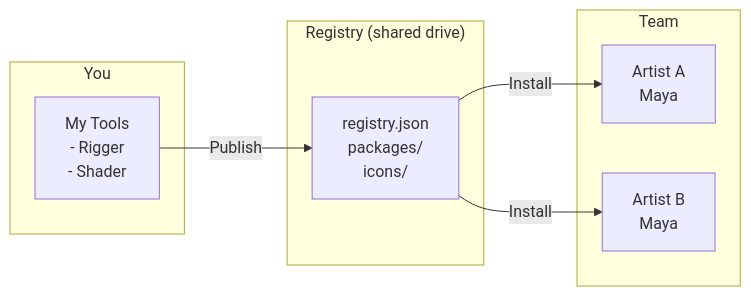
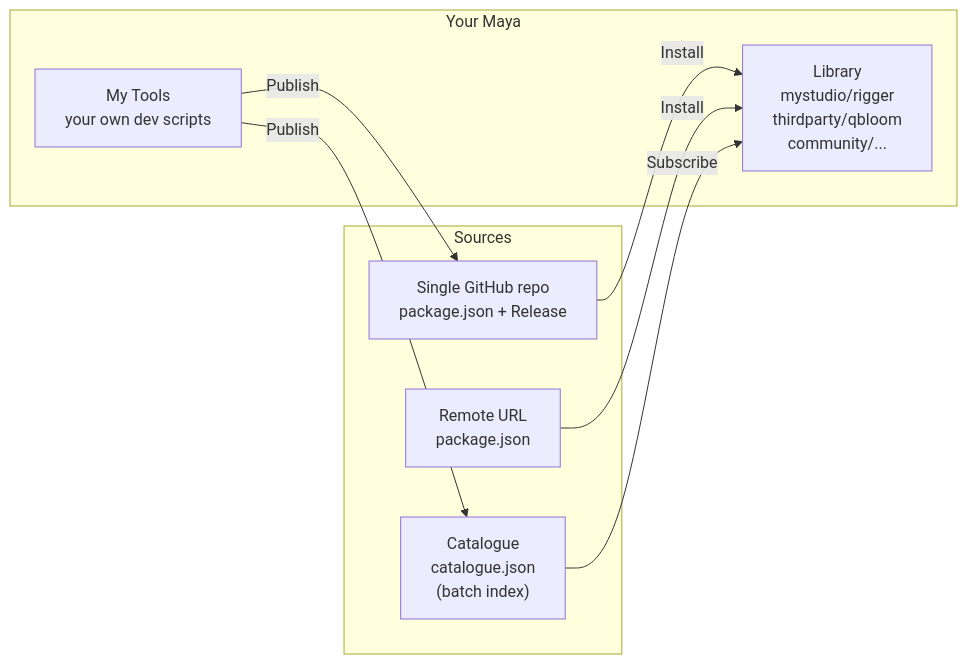
The first of 2 diagrams in README.md (cignoir/carton), drawn with Mermaid before and after one commit. The commit also changed other lines of this file, not shown here.

First line of the commit message:
docs(readme): rewrite README.md for v5.0 Package-first model

````diff
--- a/README.md
+++ b/README.md
@@ -11,16 +15,17 @@
 ```mermaid
 flowchart LR
-    subgraph You
-        MT["My Tools\n- Rigger\n- Shader"]
+    subgraph Sources
+        G["Single GitHub repo<br>package.json + Release"]
+        U["Remote URL<br>package.json"]
+        C["Catalogue<br>catalogue.json<br>(batch index)"]
     end
-    subgraph "Registry (shared drive)"
-        R["registry.json\npackages/\nicons/"]
+    subgraph You["Your Maya"]
+        LIB["Library<br>mystudio/rigger<br>thirdparty/qbloom<br>community/..."]
+        MT["My Tools<br>your own dev scripts"]
     end
-    subgraph Team
-        A["Artist A\nMaya"]
-        B["Artist B\nMaya"]
-    end
-    MT -- Publish --> R
-    R -- Install --> A
-    R -- Install --> B
+    G -- Install --> LIB
+    U -- Install --> LIB
+    C -- Subscribe --> LIB
+    MT -- Publish --> G
+    MT -- Publish --> C
 ```
````
